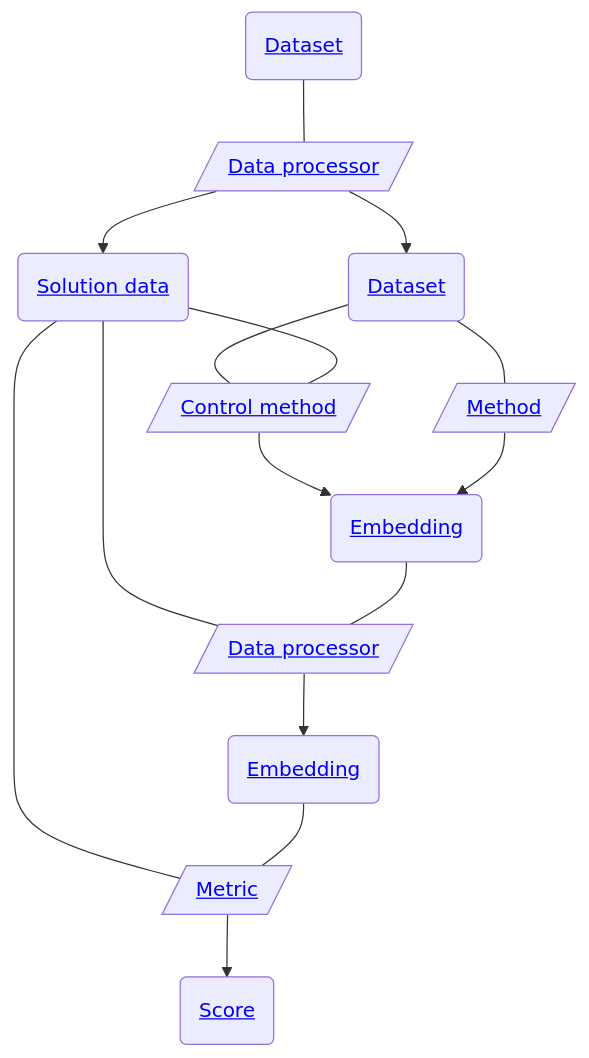
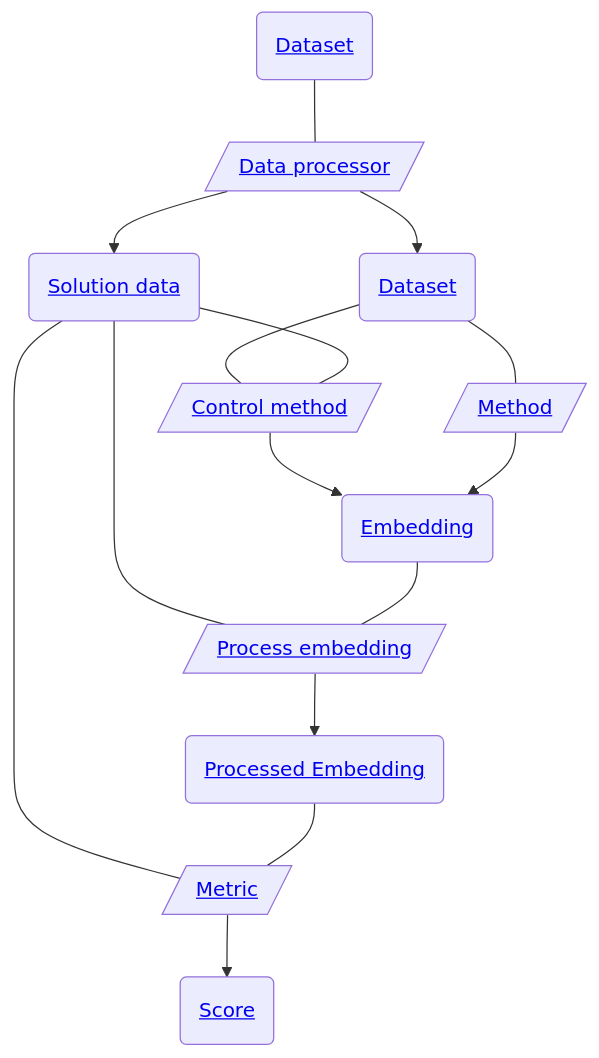
Before and after one commit to openproblems-bio/task_dimensionality_reduction: the diagram in README.md, drawn with Mermaid. The commit also changed other lines of this file and 2 other files, not shown here.

Commit message:
update label in api

````diff
--- a/README.md
+++ b/README.md
@@ -69,28 +69,28 @@
 ``` mermaid
 flowchart TB
   file_common_dataset("<a href='https://github.com/openproblems-bio/task_dimensionality_reduction#file-format-dataset'>Dataset</a>")
   comp_process_dataset[/"<a href='https://github.com/openproblems-bio/task_dimensionality_reduction#component-type-data-processor'>Data processor</a>"/]
   file_dataset("<a href='https://github.com/openproblems-bio/task_dimensionality_reduction#file-format-dataset'>Dataset</a>")
   file_solution("<a href='https://github.com/openproblems-bio/task_dimensionality_reduction#file-format-solution-data'>Solution data</a>")
   comp_control_method[/"<a href='https://github.com/openproblems-bio/task_dimensionality_reduction#component-type-control-method'>Control method</a>"/]
   comp_method[/"<a href='https://github.com/openproblems-bio/task_dimensionality_reduction#component-type-method'>Method</a>"/]
   comp_metric[/"<a href='https://github.com/openproblems-bio/task_dimensionality_reduction#component-type-metric'>Metric</a>"/]
-  comp_process_embedding[/"<a href='https://github.com/openproblems-bio/task_dimensionality_reduction#component-type-data-processor'>Data processor</a>"/]
+  comp_process_embedding[/"<a href='https://github.com/openproblems-bio/task_dimensionality_reduction#component-type-process-embedding'>Process embedding</a>"/]
   file_embedding("<a href='https://github.com/openproblems-bio/task_dimensionality_reduction#file-format-embedding'>Embedding</a>")
   file_score("<a href='https://github.com/openproblems-bio/task_dimensionality_reduction#file-format-score'>Score</a>")
-  file_processed_embedding("<a href='https://github.com/openproblems-bio/task_dimensionality_reduction#file-format-embedding'>Embedding</a>")
+  file_processed_embedding("<a href='https://github.com/openproblems-bio/task_dimensionality_reduction#file-format-processed-embedding'>Processed Embedding</a>")
   file_common_dataset---comp_process_dataset
   comp_process_dataset-->file_dataset
   comp_process_dataset-->file_solution
   file_dataset---comp_control_method
   file_dataset---comp_method
   file_solution---comp_control_method
   file_solution---comp_metric
   file_solution---comp_process_embedding
   comp_control_method-->file_embedding
   comp_method-->file_embedding
   comp_metric-->file_score
   comp_process_embedding-->file_processed_embedding
   file_embedding---comp_process_embedding
   file_processed_embedding---comp_metric
 ```
````
